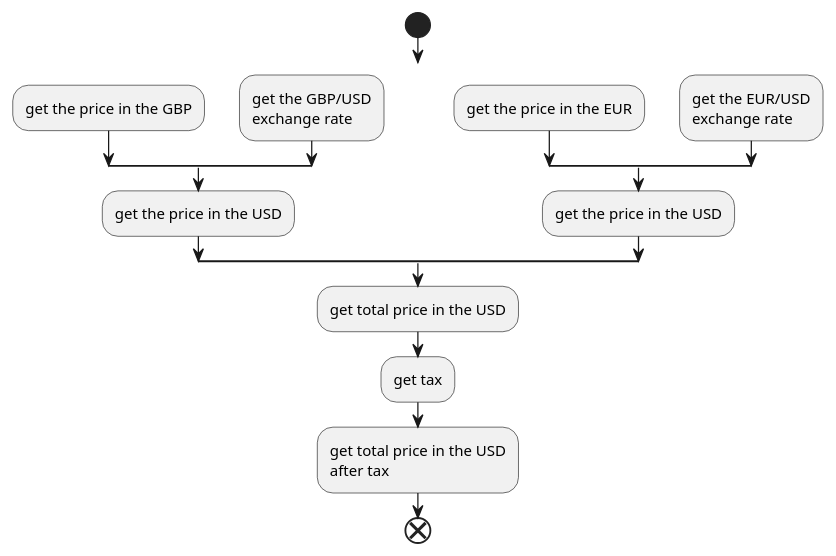
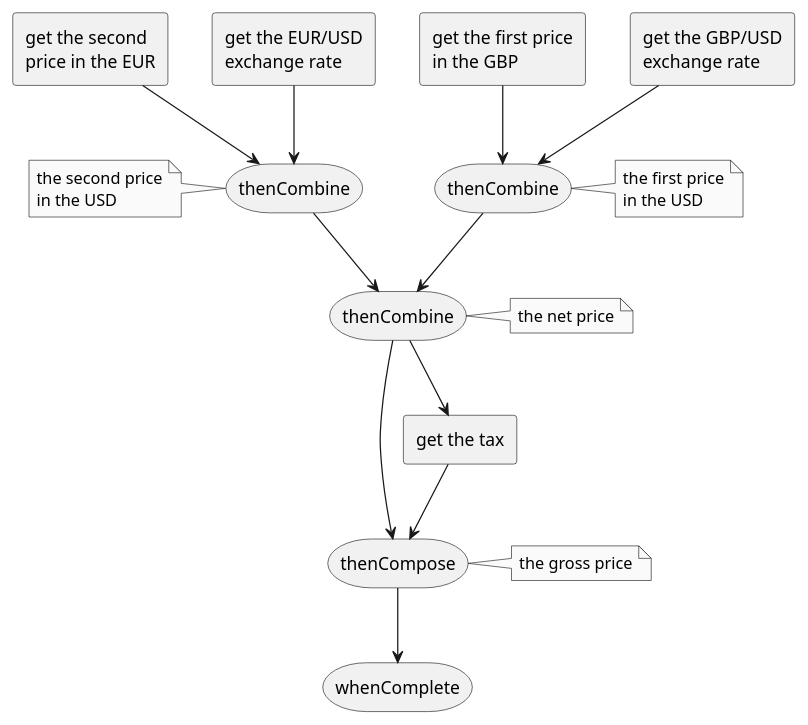
One commit to ti-cortex-m4/demo-java-completablefuture changed the diagram in images/workflow.puml. Above: the diagram before and after it, drawn with PlantUML. The commit also changed 1 other file, not shown here.

```diff
--- a/images/workflow.puml
+++ b/images/workflow.puml
@@ -1,32 +1,45 @@
 @startuml
 
-start
-split
-   -[hidden]->
-split
-   -[hidden]->
-   :get the price in the GBP;
-split again
-   -[hidden]->
-   :get the GBP/USD\nexchange rate;
-end split
-:get the price in the USD;
-split again
-   -[hidden]->
-split
-   -[hidden]->
-   :get the price in the EUR;
-split again
-   -[hidden]->
-   :get the EUR/USD\nexchange rate;
-end split
-:get the price in the USD;
-end split
-:get total price in the USD;
+scale 1.0
+skinparam monochrome true
 
-:get tax;
+rectangle "get the first price\nin the GBP" as step1
+rectangle "get the GBP/USD\nexchange rate" as step2
+storage  "thenCombine" as step3
+note right of step3: the first price\nin the USD
 
-:get total price in the USD\nafter tax;
-end
+rectangle "get the second\nprice in the EUR" as step4
+rectangle "get the EUR/USD\nexchange rate" as step5
+storage  "thenCombine" as step6
+note left of step6: the second price\nin the USD
+
+storage  "thenCombine" as step7
+note right of step7: the net price
+
+rectangle "get the tax" as step7b
+
+storage  "thenCompose" as step8
+note right of step8: the gross price
+
+storage  "whenComplete" as step9
+
+step1 --> step3
+step2 --> step3
+
+step4 --> step6
+step5 --> step6
+
+step3 --> step7
+step6 --> step7
+
+step7 --> step7b
+step7 --> step8
+step7b --> step8
+
+step8 --> step9
+'step3 -[dashed]-> step9
+'step6 -[dashed]-> step9
+'step7 -[dashed]-> step9
+'step8 -[dashed]-> step9
 
 @enduml
```
